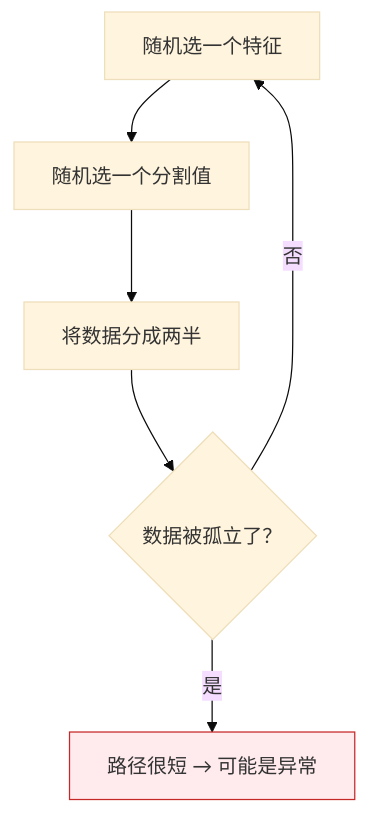
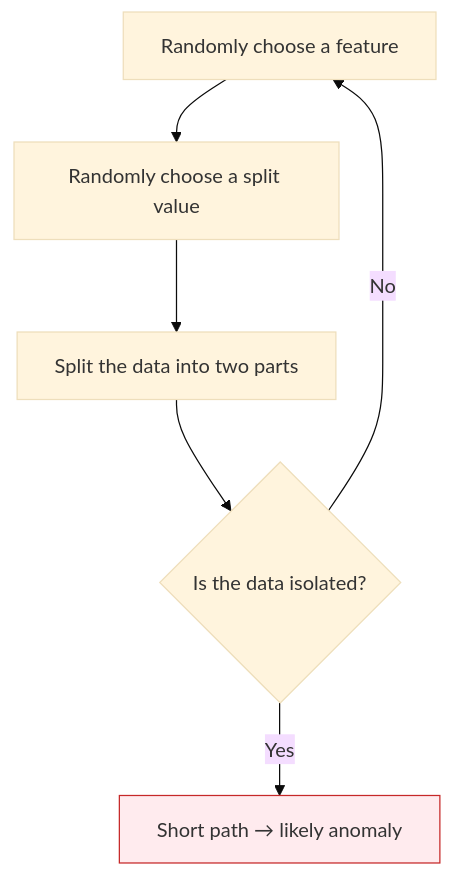
One commit to oudbiao/AI-fullstack-course changed the second of 3 diagrams in docs/ch05-machine-learning/ch03-unsupervised/03-anomaly-detection.md. Above: the diagram before and after it, drawn with Mermaid (base theme). The commit also changed other lines of this file and 1406 other files, not shown here.

````diff
--- a/docs/ch05-machine-learning/ch03-unsupervised/03-anomaly-detection.md
+++ b/docs/ch05-machine-learning/ch03-unsupervised/03-anomaly-detection.md
@@ -255,10 +254,10 @@
 ```mermaid
 flowchart TD
-    A["随机选一个特征"] --> B["随机选一个分割值"]
-    B --> C["将数据分成两半"]
-    C --> D{"数据被孤立了？"}
-    D -->|"是"| E["路径很短 → 可能是异常"]
-    D -->|"否"| A
+    A["Randomly choose a feature"] --> B["Randomly choose a split value"]
+    B --> C["Split the data into two parts"]
+    C --> D{"Is the data isolated?"}
+    D -->|"Yes"| E["Short path → likely anomaly"]
+    D -->|"No"| A
 
     style E fill:#ffebee,stroke:#c62828,color:#333
 ```
````
